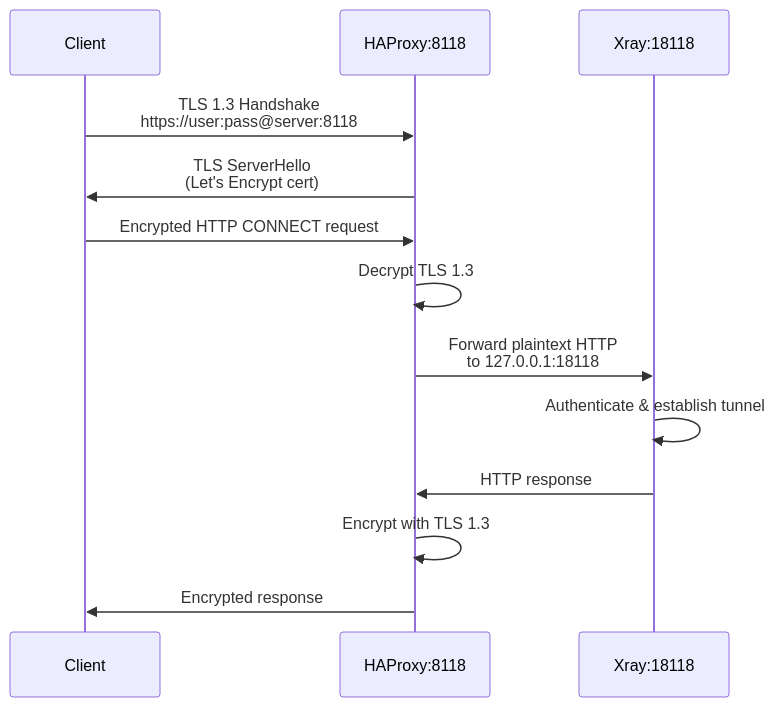
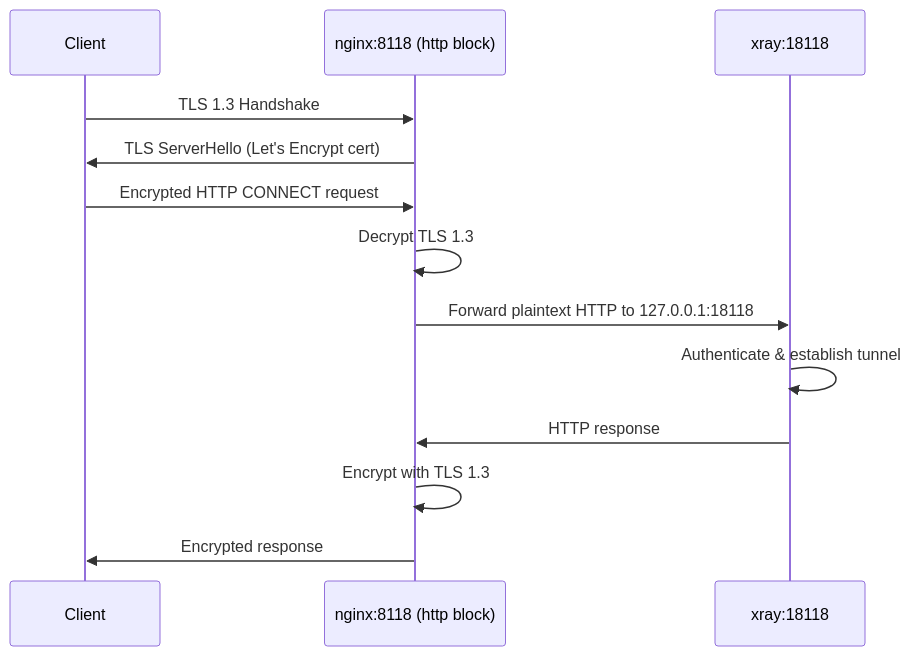
One commit to ikeniborn/vless changed the fourth of 5 diagrams in docs/architecture/diagrams/deployment/port-mapping.md. Above: the diagram before and after it, drawn with Mermaid. The commit also changed other lines of this file and 24 other files, not shown here.

````diff
--- a/docs/architecture/diagrams/deployment/port-mapping.md
+++ b/docs/architecture/diagrams/deployment/port-mapping.md
@@ -244,16 +204,16 @@
 ```mermaid
 sequenceDiagram
     participant Client
-    participant HAProxy8118 as HAProxy:8118
-    participant Xray18118 as Xray:18118
+    participant Nginx8118 as nginx:8118 (http block)
+    participant Xray18118 as xray:18118
 
-    Client->>HAProxy8118: TLS 1.3 Handshake<br/>https://user:pass@server:8118
-    HAProxy8118->>Client: TLS ServerHello<br/>(Let's Encrypt cert)
-    Client->>HAProxy8118: Encrypted HTTP CONNECT request
-    HAProxy8118->>HAProxy8118: Decrypt TLS 1.3
-    HAProxy8118->>Xray18118: Forward plaintext HTTP<br/>to 127.0.0.1:18118
+    Client->>Nginx8118: TLS 1.3 Handshake
+    Nginx8118->>Client: TLS ServerHello (Let's Encrypt cert)
+    Client->>Nginx8118: Encrypted HTTP CONNECT request
+    Nginx8118->>Nginx8118: Decrypt TLS 1.3
+    Nginx8118->>Xray18118: Forward plaintext HTTP to 127.0.0.1:18118
     Xray18118->>Xray18118: Authenticate & establish tunnel
-    Xray18118->>HAProxy8118: HTTP response
-    HAProxy8118->>HAProxy8118: Encrypt with TLS 1.3
-    HAProxy8118->>Client: Encrypted response
+    Xray18118->>Nginx8118: HTTP response
+    Nginx8118->>Nginx8118: Encrypt with TLS 1.3
+    Nginx8118->>Client: Encrypted response
 ```
````
